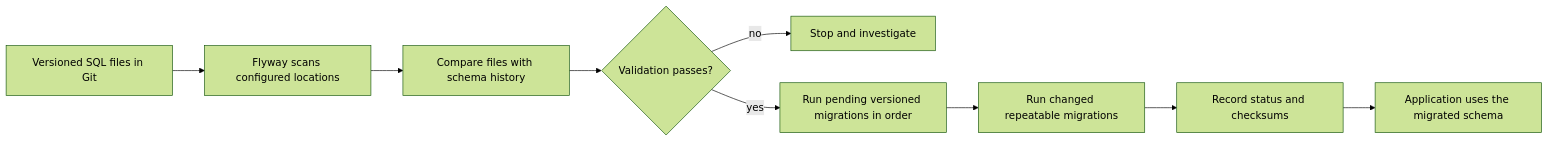
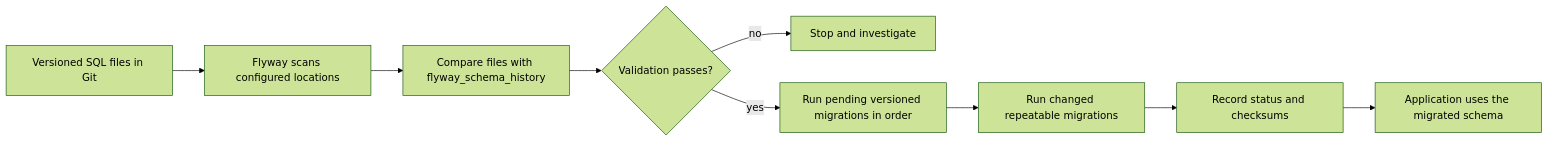
Before and after one commit to Yash-777/CodeTrove: the first of 8 diagrams in src/data/topics/build-devops/database-migrations/flyway/content.md, drawn with Mermaid (forest theme). The commit also changed other lines of this file, not shown here.

Commit message:
doc updated flyway

````diff
--- a/src/data/topics/build-devops/database-migrations/flyway/content.md
+++ b/src/data/topics/build-devops/database-migrations/flyway/content.md
@@ -20,11 +68,11 @@
 ```mermaid
 flowchart LR
   A[Versioned SQL files in Git] --> B[Flyway scans configured locations]
-  B --> C[Compare files with schema history]
+  B --> C[Compare files with flyway_schema_history]
   C --> D{Validation passes?}
   D -- no --> E[Stop and investigate]
   D -- yes --> F[Run pending versioned migrations in order]
   F --> G[Run changed repeatable migrations]
   G --> H[Record status and checksums]
   H --> I[Application uses the migrated schema]
 ```
````
